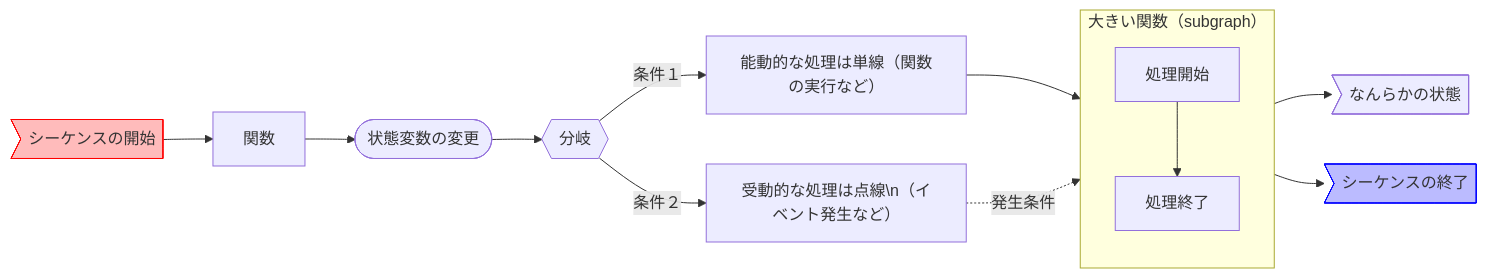
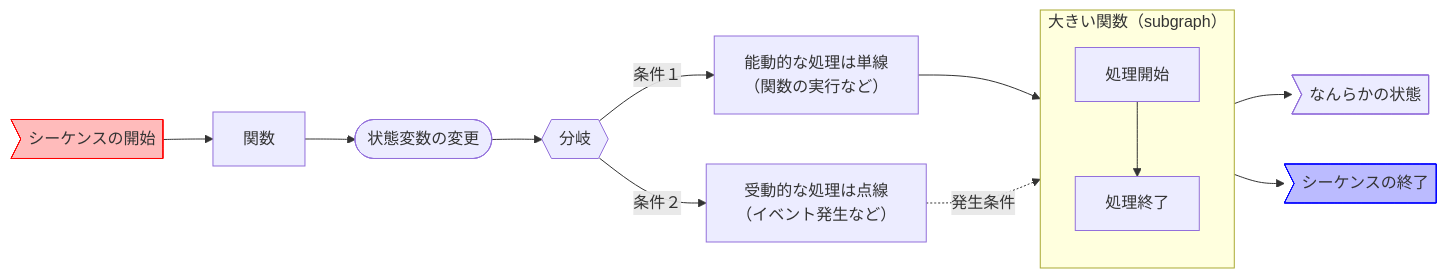
Before and after one commit to VOICEVOX/voicevox: the second of 2 diagrams in docs/コードの歩き方.md, drawn with Mermaid.

````diff
--- a/docs/コードの歩き方.md
+++ b/docs/コードの歩き方.md
@@ -104,17 +104,17 @@
 ```mermaid
 flowchart LR
 	817736>"シーケンスの開始"] --> 584587["関数"]
 	style 817736 fill:#ffbbbb,stroke:#ff0000
 	584587 --> 965553(["状態変数の変更"])
 	965553 --> 945949{{"分岐"}}
-	945949 -->|"条件１"| 366994["能動的な処理は単線（関数の実行など）"]
-	945949 -->|"条件２"| 871294["受動的な処理は点線\ﬂ°°110¶ß（イベント発生など）"]
+	945949 -->|"条件１"| 366994["能動的な処理は単線\n（関数の実行など）"]
+	945949 -->|"条件２"| 871294["受動的な処理は点線\n（イベント発生など）"]
 	366994 --> 617606["大きい関数（subgraph）"]
 	871294 -.->|"発生条件"| 617606
 	617606 --> 314405>"なんらかの状態"]
 	617606 --> 230853>"シーケンスの終了"]
 	style 230853 fill:#bbbbff,stroke:#0000ff
 	subgraph 617606["大きい関数（subgraph）"]
 		776462["処理開始"] --> 992786["処理終了"]
 	end
 ```
````
